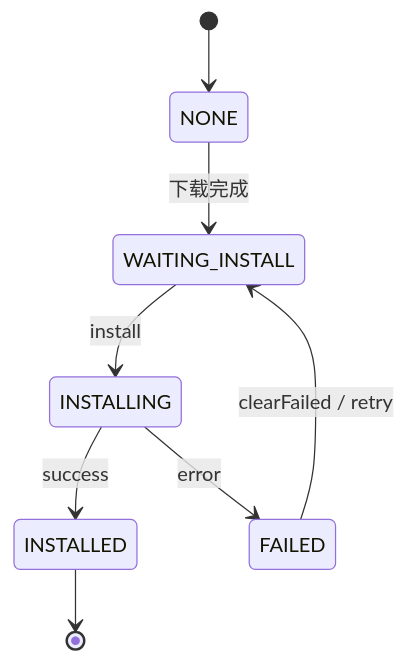
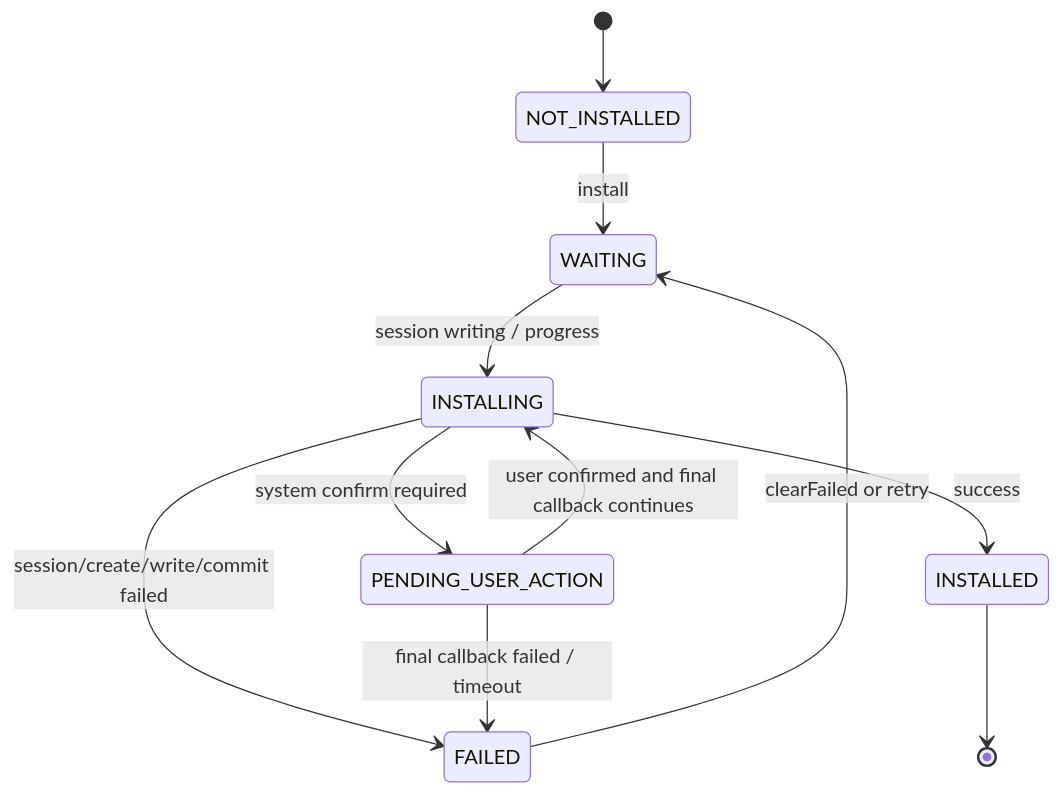
Before and after one commit to XZQ/CarAppStore: the fifth of 5 diagrams in docs/10-安装模块架构与流程.md, drawn with Mermaid. The commit also changed other lines of this file and 35 other files, not shown here.

Commit message:
Docs: reorganize architecture docs and handoff guide

````diff
--- a/docs/10-安装模块架构与流程.md
+++ b/docs/10-安装模块架构与流程.md
@@ -164,10 +204,13 @@
 ```mermaid
 stateDiagram-v2
-    [*] --> NONE
-    NONE --> WAITING_INSTALL: 下载完成
-    WAITING_INSTALL --> INSTALLING: install
+    [*] --> NOT_INSTALLED
+    NOT_INSTALLED --> WAITING: install
+    WAITING --> INSTALLING: session writing / progress
+    INSTALLING --> PENDING_USER_ACTION: system confirm required
+    PENDING_USER_ACTION --> INSTALLING: user confirmed and final callback continues
     INSTALLING --> INSTALLED: success
-    INSTALLING --> FAILED: error
-    FAILED --> WAITING_INSTALL: clearFailed / retry
+    INSTALLING --> FAILED: session/create/write/commit failed
+    PENDING_USER_ACTION --> FAILED: final callback failed / timeout
+    FAILED --> WAITING: clearFailed or retry
     INSTALLED --> [*]
 ```
````
